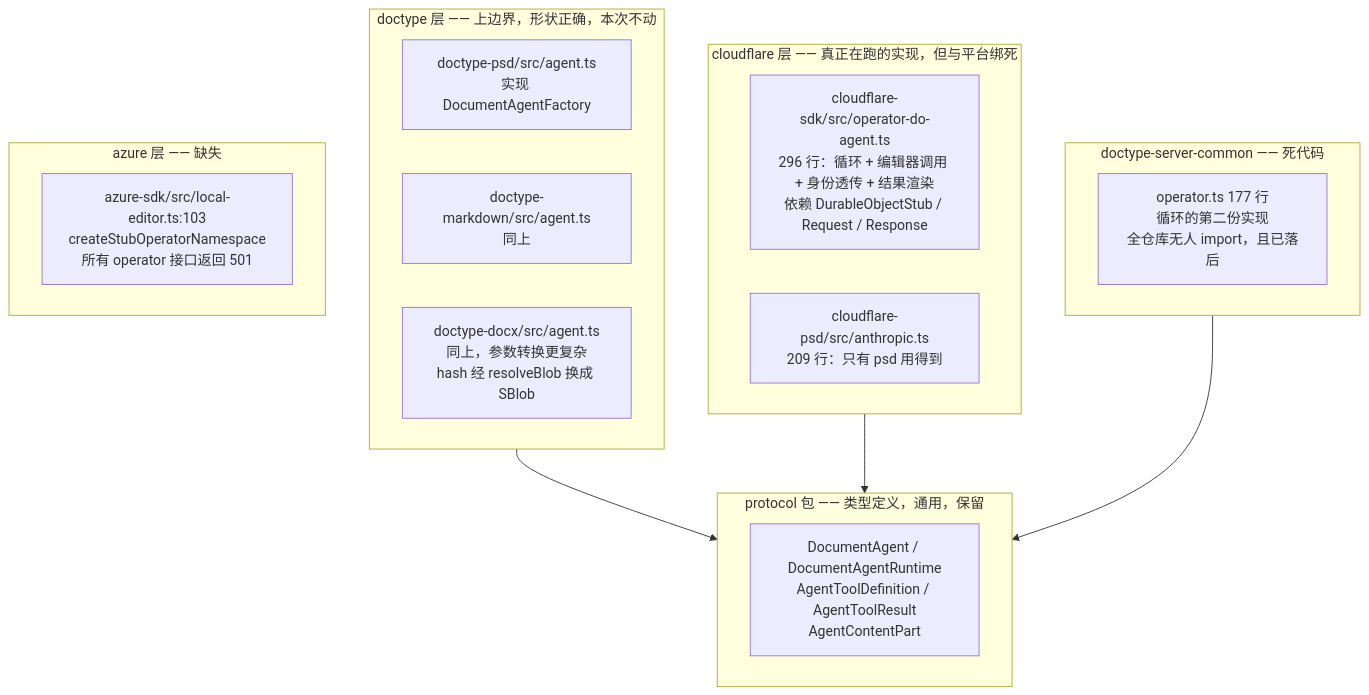
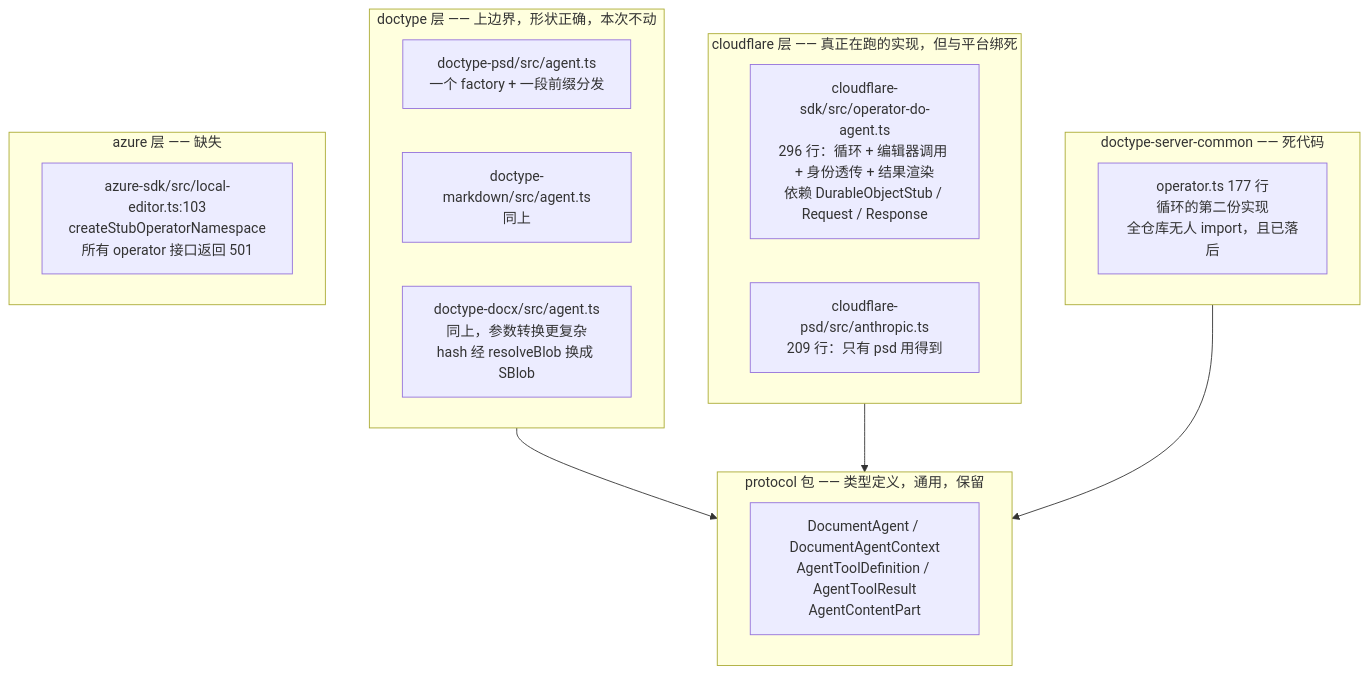
One commit to shazhou-ww/unidocs changed the second of 16 diagrams in docs/superpowers/specs/2026-08-26-agent-sdk-design.md. Above: the diagram before and after it, drawn with Mermaid. The commit also changed other lines of this file, not shown here.

First line of the commit message:
docs(agent-sdk): 去掉文档类型持有的平台句柄,工具改为纯数据 + 纯函数

````diff
--- a/docs/superpowers/specs/2026-08-26-agent-sdk-design.md
+++ b/docs/superpowers/specs/2026-08-26-agent-sdk-design.md
@@ -119,29 +119,29 @@
 ```mermaid
 flowchart TB
     subgraph proto["protocol 包 —— 类型定义，通用，保留"]
-        T["DocumentAgent / DocumentAgentRuntime<br/>AgentToolDefinition / AgentToolResult<br/>AgentContentPart"]
+        T["DocumentAgent / DocumentAgentContext<br/>AgentToolDefinition / AgentToolResult<br/>AgentContentPart"]
     end
 
     subgraph dt["doctype 层 —— 上边界，形状正确，本次不动"]
-        PSD["doctype-psd/src/agent.ts<br/>实现 DocumentAgentFactory"]
+        PSD["doctype-psd/src/agent.ts<br/>一个 factory + 一段前缀分发"]
         MD["doctype-markdown/src/agent.ts<br/>同上"]
         DOCX["doctype-docx/src/agent.ts<br/>同上，参数转换更复杂<br/>hash 经 resolveBlob 换成 SBlob"]
     end
 
     subgraph cf["cloudflare 层 —— 真正在跑的实现，但与平台绑死"]
         ODA["cloudflare-sdk/src/operator-do-agent.ts<br/>296 行：循环 + 编辑器调用 + 身份透传 + 结果渲染<br/>依赖 DurableObjectStub / Request / Response"]
         ANT["cloudflare-psd/src/anthropic.ts<br/>209 行：只有 psd 用得到"]
     end
 
     subgraph dsc["doctype-server-common —— 死代码"]
         OP["operator.ts 177 行<br/>循环的第二份实现<br/>全仓库无人 import，且已落后"]
     end
 
     subgraph az["azure 层 —— 缺失"]
         STUB["azure-sdk/src/local-editor.ts:103<br/>createStubOperatorNamespace<br/>所有 operator 接口返回 501"]
     end
 
     dt --> proto
     cf --> proto
     dsc --> proto
 ```
````
